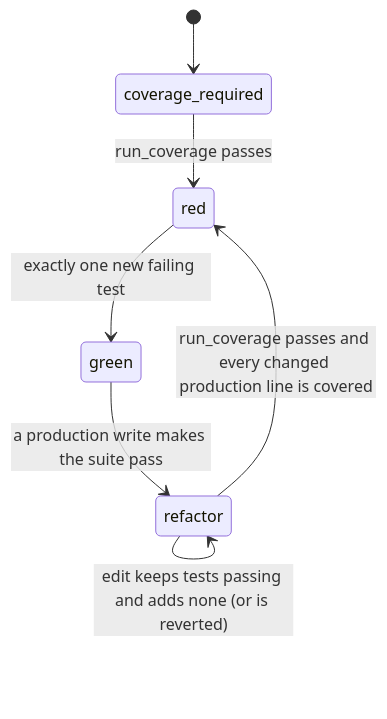
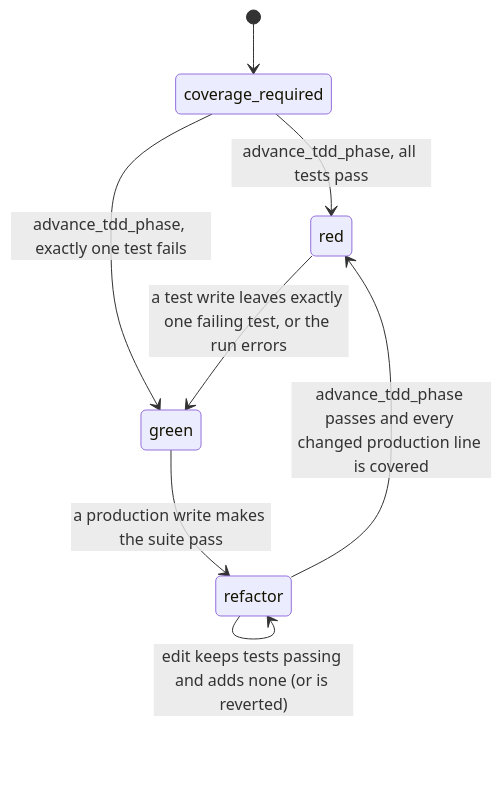
Before and after one commit to ChrisLucian-HunterIndustries/TDD-MCP: the diagram in README.md, drawn with Mermaid. The commit also changed other lines of this file and 3 other files, not shown here.

Commit message:
. d [explicit-phase-advance] Document advance_tdd_phase, resync after resets, and discovery errors as red

````diff
--- a/README.md
+++ b/README.md
@@ -7,9 +7,10 @@
 ```mermaid
 stateDiagram-v2
     [*] --> coverage_required
-    coverage_required --> red: run_coverage passes
-    red --> green: exactly one new failing test
+    coverage_required --> red: advance_tdd_phase, all tests pass
+    coverage_required --> green: advance_tdd_phase, exactly one test fails
+    red --> green: a test write leaves exactly one failing test, or the run errors
     green --> refactor: a production write makes the suite pass
-    refactor --> red: run_coverage passes and every changed production line is covered
+    refactor --> red: advance_tdd_phase passes and every changed production line is covered
     refactor --> refactor: edit keeps tests passing and adds none (or is reverted)
 ```
````
